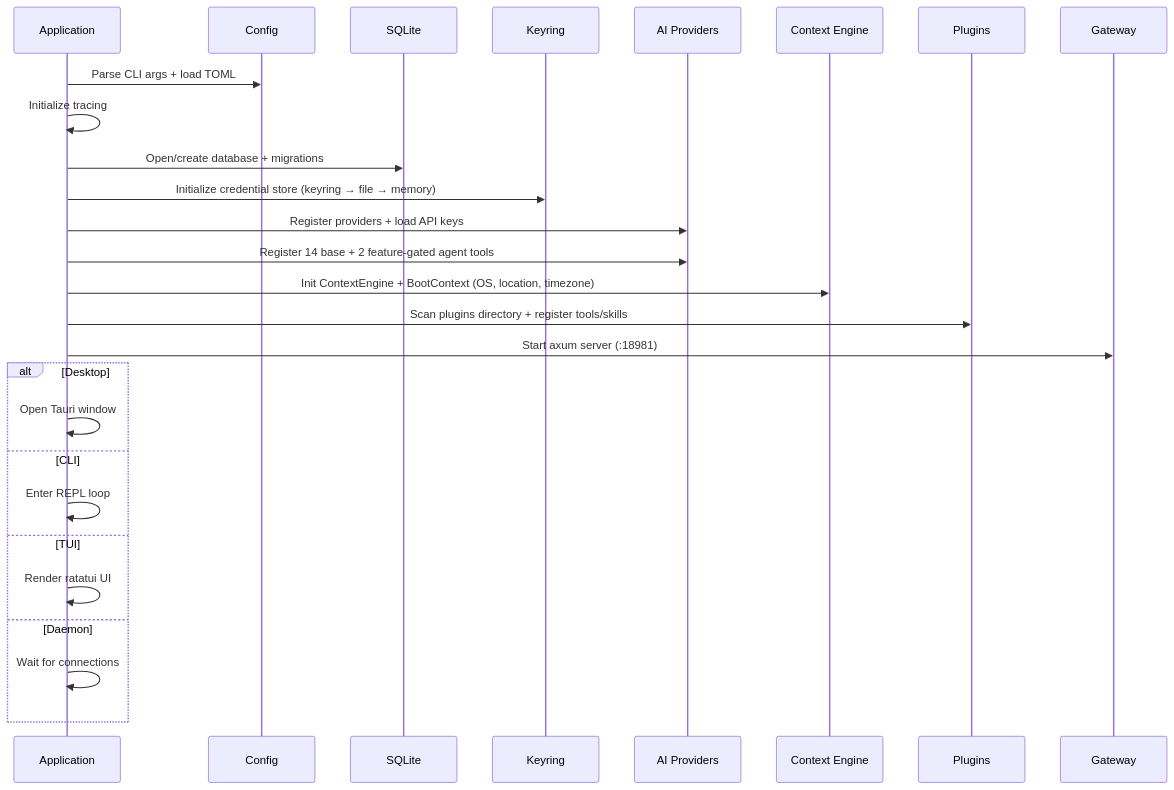
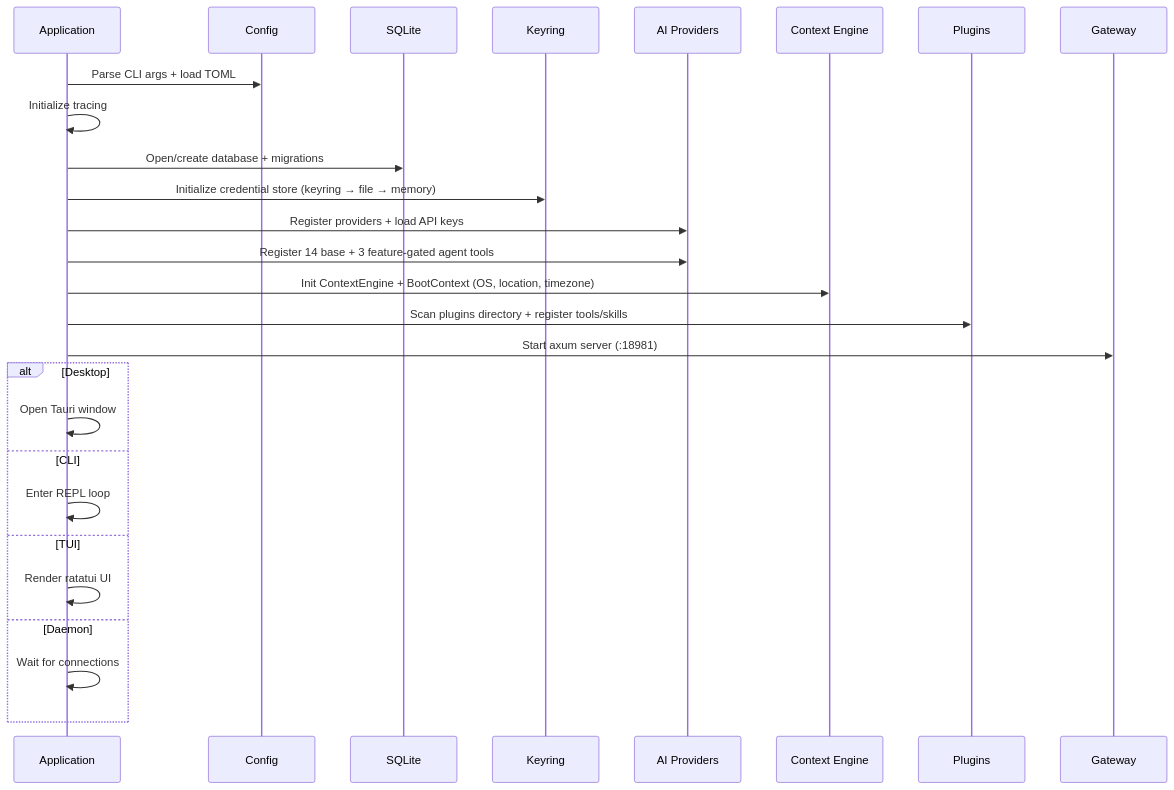
The third of 6 diagrams in README.md (sprklai/zenii), drawn with Mermaid before and after one commit. The commit also changed other lines of this file and 8 other files, not shown here.

````diff
--- a/README.md
+++ b/README.md
@@ -388,31 +388,31 @@
 ```mermaid
 sequenceDiagram
     participant App as Application
     participant Cfg as Config
     participant DB as SQLite
     participant Cred as Keyring
     participant AI as AI Providers
     participant Ctx as Context Engine
     participant Plug as Plugins
     participant GW as Gateway
 
     App->>Cfg: Parse CLI args + load TOML
     App->>App: Initialize tracing
     App->>DB: Open/create database + migrations
     App->>Cred: Initialize credential store (keyring → file → memory)
     App->>AI: Register providers + load API keys
-    App->>AI: Register 14 base + 2 feature-gated agent tools
+    App->>AI: Register 14 base + 3 feature-gated agent tools
     App->>Ctx: Init ContextEngine + BootContext (OS, location, timezone)
     App->>Plug: Scan plugins directory + register tools/skills
     App->>GW: Start axum server (:18981)
 
     alt Desktop
         App->>App: Open Tauri window
     else CLI
         App->>App: Enter REPL loop
     else TUI
         App->>App: Render ratatui UI
     else Daemon
         App->>App: Wait for connections
     end
 ```
````
